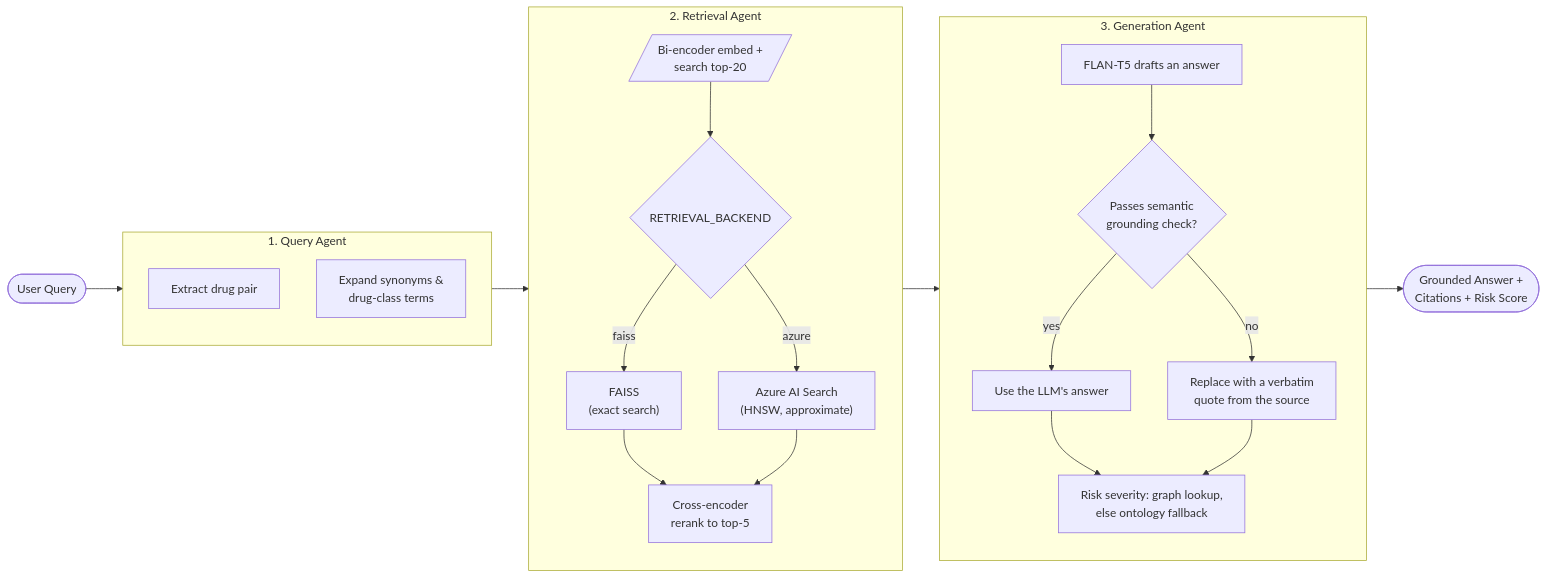
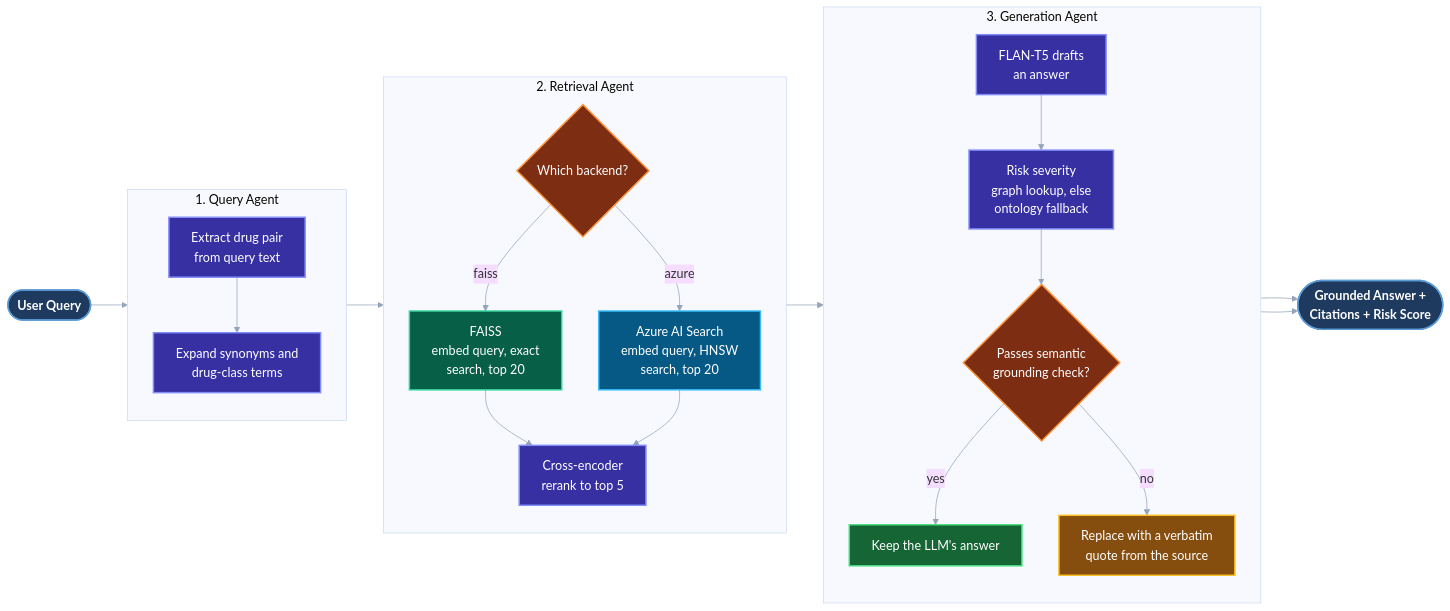
Before and after one commit to maahipatel05/MediSafeAI: the diagram in README.md, drawn with Mermaid. The commit also changed other lines of this file, not shown here.

First line of the commit message:
Rebuild architecture diagram, remove dashes and unnecessary colons

````diff
--- a/README.md
+++ b/README.md
@@ -11,44 +11,51 @@
 ```mermaid
+%%{init: {'theme': 'base', 'themeVariables': { 'fontSize': '17px', 'lineColor': '#94a3b8', 'fontFamily': 'Trebuchet MS, Arial, sans-serif' }}}%%
 flowchart LR
-    Q(["User Query"]) --> QA
+    Q(["User Query"]):::io --> QA
 
     subgraph QA["1. Query Agent"]
         direction TB
-        A1["Extract drug pair"]
-        A2["Expand synonyms &amp;<br/>drug-class terms"]
+        A1["Extract drug pair<br/>from query text"]:::process
+        A2["Expand synonyms and<br/>drug-class terms"]:::process
+        A1 --> A2
     end
 
-    QA --> B1
+    QA --> B0
 
     subgraph RA["2. Retrieval Agent"]
         direction TB
-        B1[/"Bi-encoder embed +<br/>search top-20"/]
-        B2{"RETRIEVAL_BACKEND"}
-        B3["FAISS<br/>(exact search)"]
-        B4["Azure AI Search<br/>(HNSW, approximate)"]
-        B5["Cross-encoder<br/>rerank to top-5"]
-        B1 --> B2
-        B2 -->|faiss| B3
-        B2 -->|azure| B4
+        B0{"Which backend?"}:::decision
+        B3["FAISS<br/>embed query, exact<br/>search, top 20"]:::faiss
+        B4["Azure AI Search<br/>embed query, HNSW<br/>search, top 20"]:::azure
+        B5["Cross-encoder<br/>rerank to top 5"]:::process
+        B0 -->|faiss| B3
+        B0 -->|azure| B4
         B3 --> B5
         B4 --> B5
     end
 
     RA --> C1
 
     subgraph GA["3. Generation Agent"]
         direction TB
-        C1["FLAN-T5 drafts an answer"]
-        C2{"Passes semantic<br/>grounding check?"}
-        C3["Use the LLM's answer"]
-        C4["Replace with a verbatim<br/>quote from the source"]
-        C5["Risk severity: graph lookup,<br/>else ontology fallback"]
-        C1 --> C2
-        C2 -->|yes| C3
-        C2 -->|no| C4
-        C3 --> C5
-        C4 --> C5
+        C1["FLAN-T5 drafts<br/>an answer"]:::process
+        C2["Risk severity<br/>graph lookup, else<br/>ontology fallback"]:::process
+        C3{"Passes semantic<br/>grounding check?"}:::decision
+        C4["Keep the LLM's answer"]:::good
+        C5["Replace with a verbatim<br/>quote from the source"]:::fallback
+        C1 --> C2 --> C3
+        C3 -->|yes| C4
+        C3 -->|no| C5
     end
 
-    GA --> OUT(["Grounded Answer +<br/>Citations + Risk Score"])
+    C4 --> OUT(["Grounded Answer +<br/>Citations + Risk Score"]):::io
+    C5 --> OUT
+
+    classDef io fill:#1e3a5f,stroke:#5b9bd5,color:#ffffff,stroke-width:2px,font-weight:bold
+    classDef process fill:#3730a3,stroke:#818cf8,color:#ffffff,stroke-width:2px
+    classDef decision fill:#7c2d12,stroke:#fb923c,color:#ffffff,stroke-width:2px
+    classDef faiss fill:#065f46,stroke:#34d399,color:#ffffff,stroke-width:2px
+    classDef azure fill:#075985,stroke:#38bdf8,color:#ffffff,stroke-width:2px
+    classDef good fill:#166534,stroke:#4ade80,color:#ffffff,stroke-width:2px
+    classDef fallback fill:#854d0e,stroke:#fbbf24,color:#ffffff,stroke-width:2px
 ```
````
